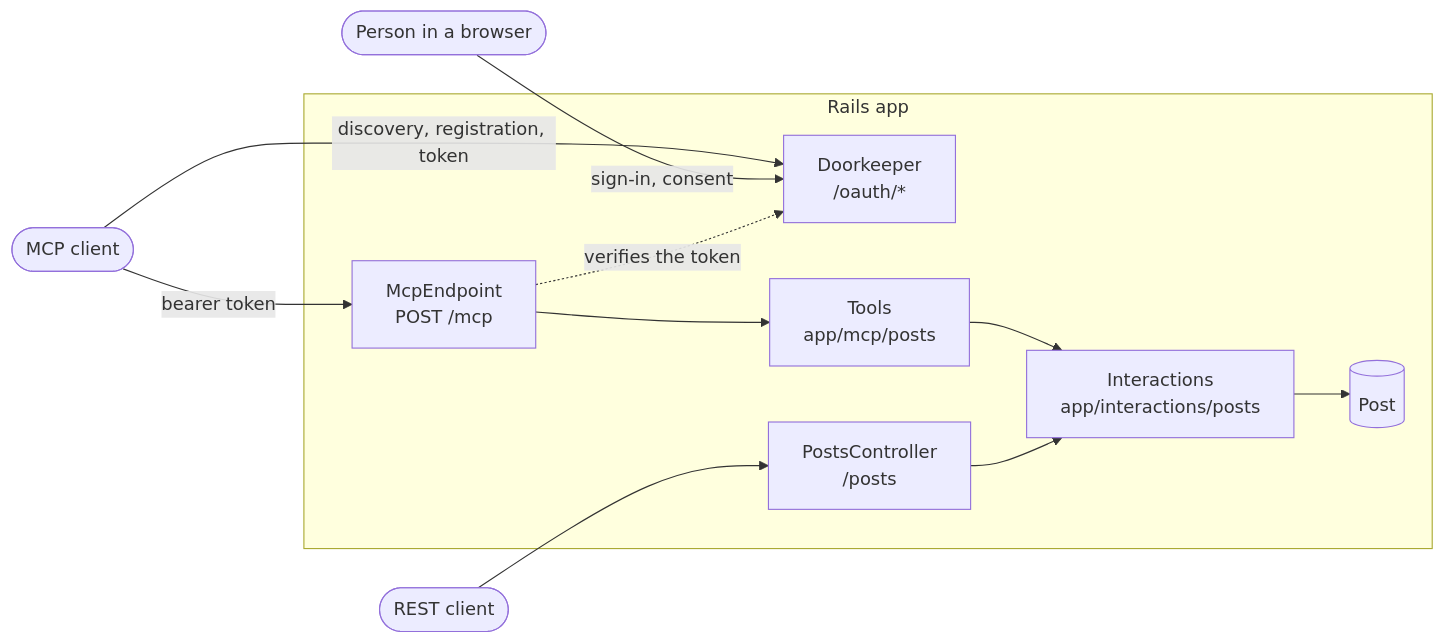
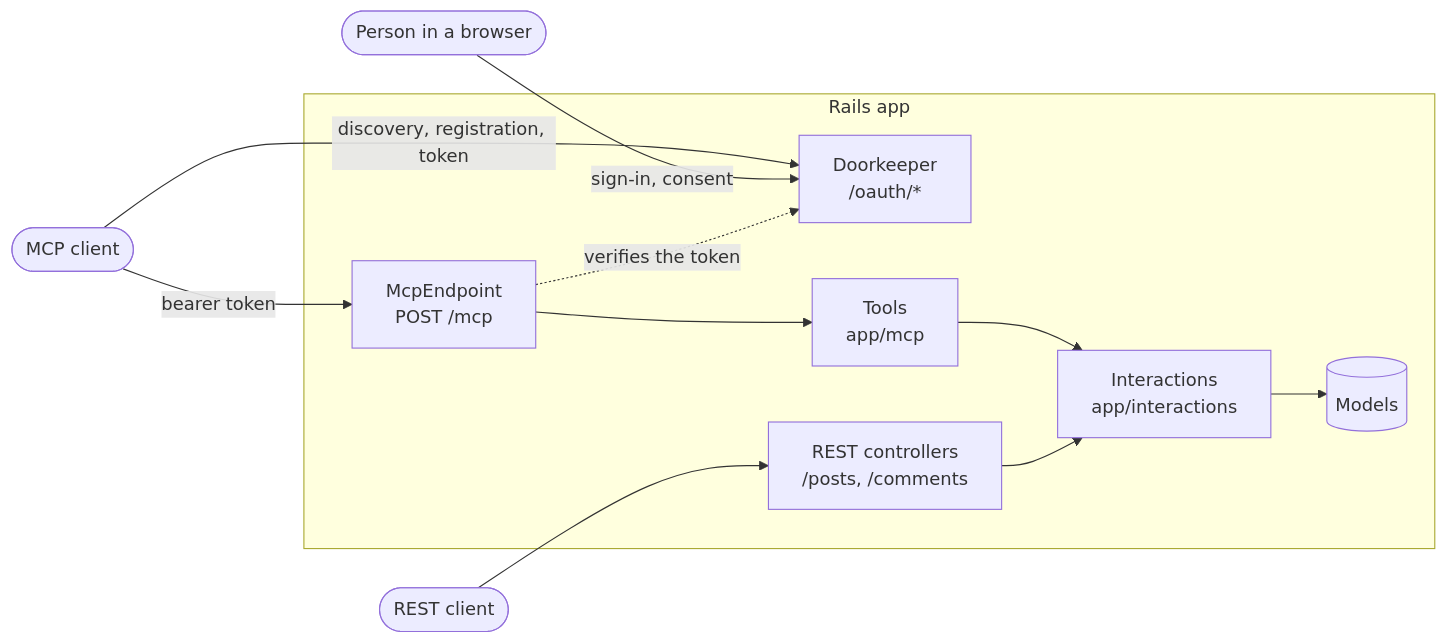
One commit to serhiidedik/rails_mcp_simple_example changed the first of 3 diagrams in README.md. Above: the diagram before and after it, drawn with Mermaid. The commit also changed other lines of this file, not shown here.

First line of the commit message:
docs: Add a manual for adding a new entity to MCP

````diff
--- a/README.md
+++ b/README.md
@@ -7,22 +7,22 @@
 ```mermaid
 flowchart LR
     client([MCP client])
     person([Person in a browser])
     rest([REST client])
 
     subgraph app [Rails app]
         endpoint["McpEndpoint<br/>POST /mcp"]
         oauth["Doorkeeper<br/>/oauth/*"]
-        tools["Tools<br/>app/mcp/posts"]
-        controller["PostsController<br/>/posts"]
-        interactions["Interactions<br/>app/interactions/posts"]
-        post[(Post)]
+        tools["Tools<br/>app/mcp"]
+        controller["REST controllers<br/>/posts, /comments"]
+        interactions["Interactions<br/>app/interactions"]
+        post[(Models)]
     end
 
     client -- bearer token --> endpoint
     client -- discovery, registration, token --> oauth
     person -- sign-in, consent --> oauth
     endpoint -. verifies the token .-> oauth
     endpoint --> tools --> interactions --> post
     rest --> controller --> interactions
 ```
````
